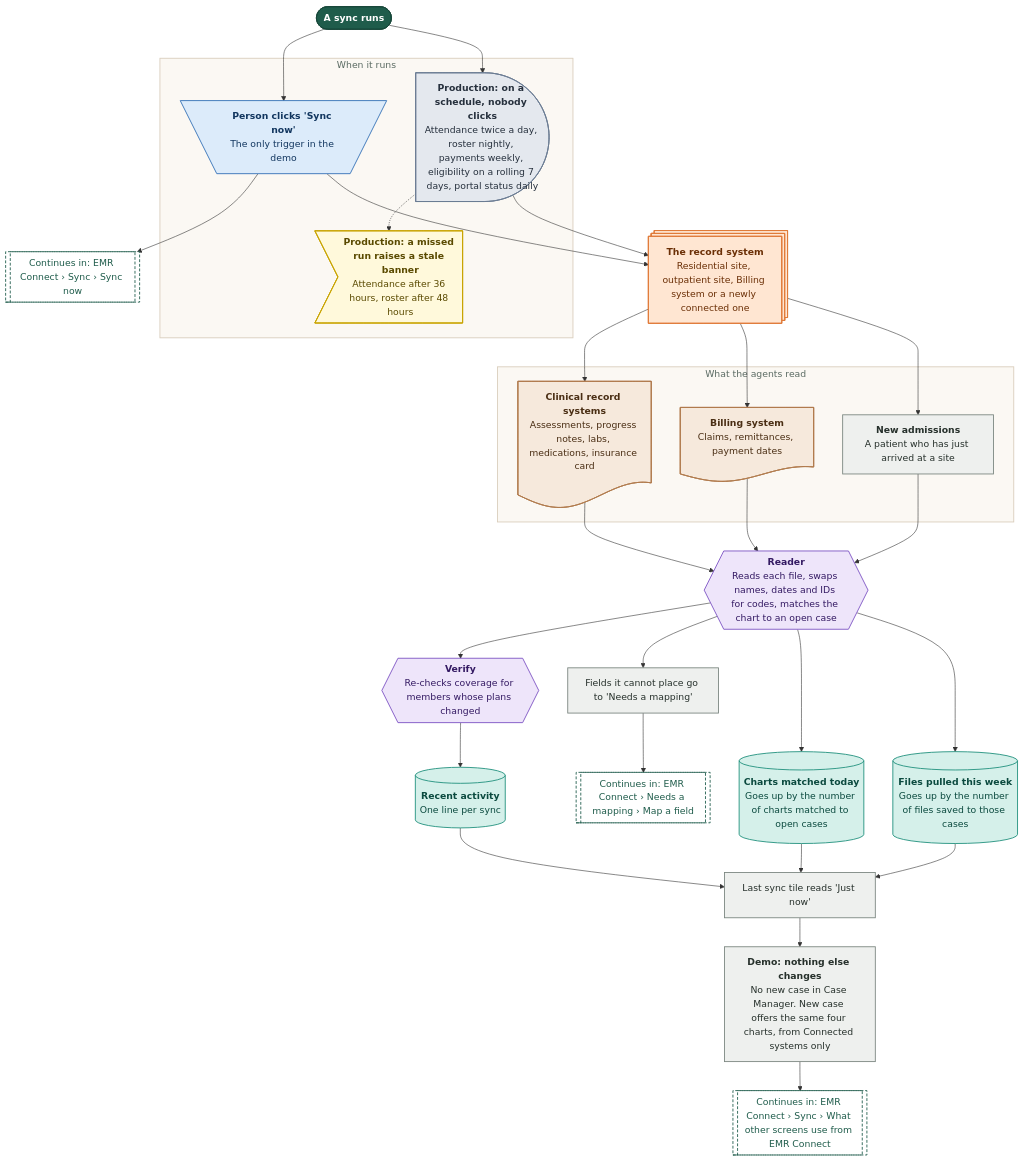
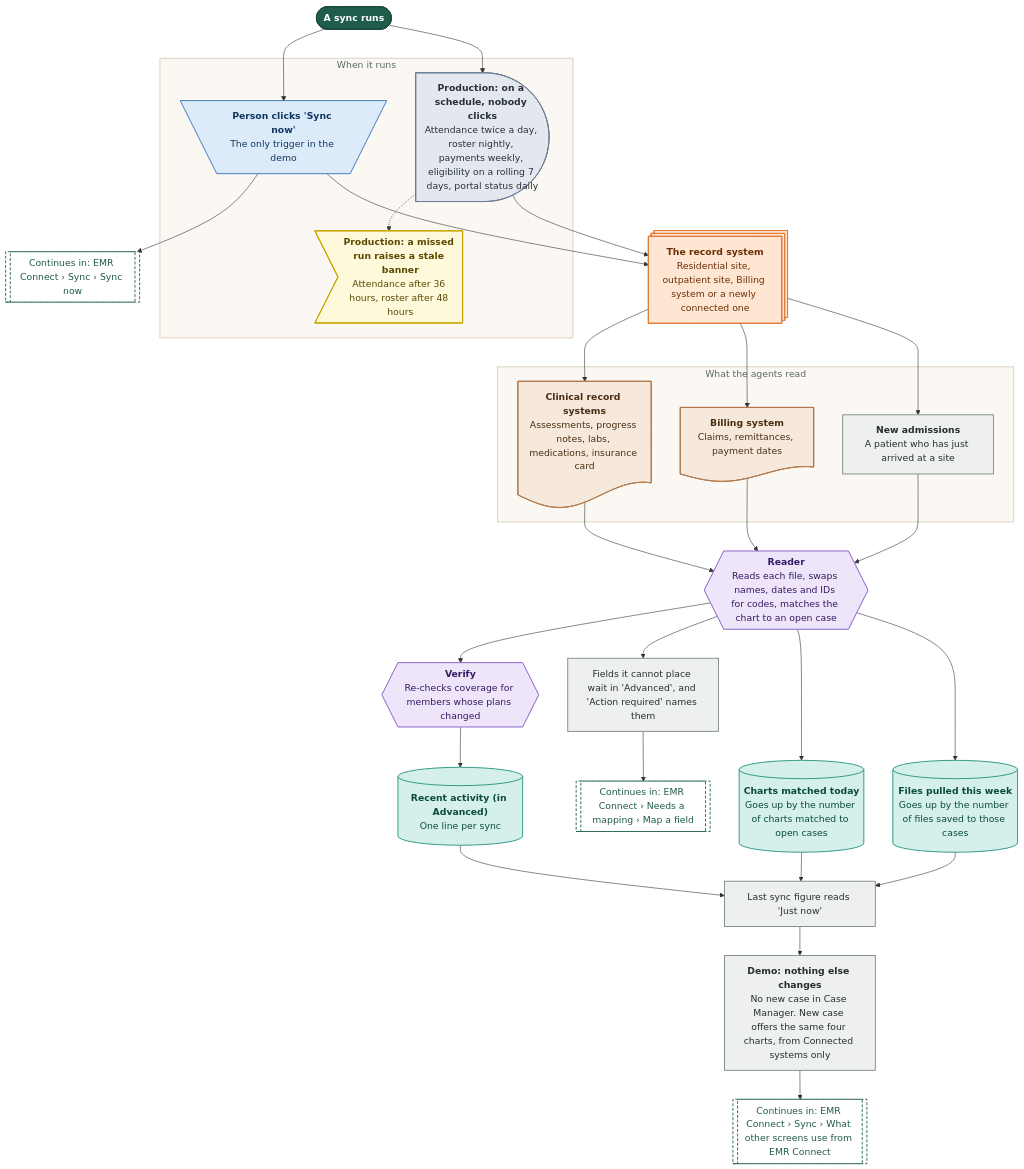
Before and after one commit to Shrav143/psyfloapp: diagram 11 of 20 in demos/prior-auth-demo/workflows/out/md/09-emr-connect.md, drawn with Mermaid. The commit also changed other lines of this file and 192 other files, not shown here.

First line of the commit message:
docs: changelog by sidebar tab; README, diagrams and Settings layout aligned with the refinement; shared InfoTip; referral cost-share line

````diff
--- a/demos/prior-auth-demo/workflows/out/md/09-emr-connect.md
+++ b/demos/prior-auth-demo/workflows/out/md/09-emr-connect.md
@@ -676,70 +823,70 @@
 ```mermaid
 %%{init: {"theme":"base","themeVariables":{"fontFamily":"'DM Sans', 'Segoe UI', system-ui, sans-serif","fontSize":"15px","lineColor":"#5B6B63","primaryTextColor":"#1C2B25","clusterBkg":"#FBF8F3","clusterBorder":"#D9CDBB","edgeLabelBackground":"#FFFFFF"},"flowchart":{"curve":"basis","nodeSpacing":36,"rankSpacing":48,"padding":12,"htmlLabels":true,"useMaxWidth":false,"wrappingWidth":230}} }%%
 flowchart TD
   classDef k_start fill:#1F5C4B,stroke:#174638,color:#FFFFFF,stroke-width:1.5px,font-weight:600
   classDef k_end fill:#DDEFE3,stroke:#2E7D4F,color:#14502F,stroke-width:1.5px,font-weight:600
   classDef k_endx fill:#FBE3E0,stroke:#C0392B,color:#7A1F16,stroke-width:1.5px,font-weight:600
   classDef k_screen fill:#FFFDF8,stroke:#1F5C4B,color:#1C2B25,stroke-width:2px
   classDef k_overlay fill:#F1F7F3,stroke:#1F5C4B,color:#1C2B25,stroke-width:2px,stroke-dasharray:5 3
   classDef k_click fill:#DCEBFA,stroke:#2F6DB5,color:#12365F,stroke-width:1.5px
   classDef k_input fill:#E4E7FF,stroke:#4C5FD5,color:#1D2670,stroke-width:1.5px
   classDef k_process fill:#EEF0EE,stroke:#7A857F,color:#26302B,stroke-width:1.5px
   classDef k_agent fill:#EEE5FA,stroke:#7A4FC2,color:#341A63,stroke-width:1.5px
   classDef k_decision fill:#FFF0CC,stroke:#D9962B,color:#5C3B00,stroke-width:1.5px
   classDef k_store fill:#D5F0EA,stroke:#1C8E7B,color:#0B4A3F,stroke-width:1.5px
   classDef k_doc fill:#F6E9DC,stroke:#B07A4C,color:#4A2E14,stroke-width:1.5px
   classDef k_ext fill:#FFE6D2,stroke:#E07B39,color:#6B2F06,stroke-width:1.5px
   classDef k_wait fill:#E4E8EE,stroke:#6B7C93,color:#26303D,stroke-width:1.5px
   classDef k_toast fill:#FFF9DB,stroke:#C9A400,color:#5A4A00,stroke-width:1.5px
   classDef k_goto fill:#FFFFFF,stroke:#1F5C4B,color:#1F5C4B,stroke-width:1.5px,stroke-dasharray:5 3
   s1@{ shape: stadium, label: "A sync runs" }
   subgraph gWhen ["When it runs"]
   w1@{ shape: trap-t, label: "<b>Person clicks 'Sync now'</b><br/>The only trigger in the demo" }
   w2@{ shape: delay, label: "<b>Production: on a schedule, nobody clicks</b><br/>Attendance twice a day, roster nightly, payments weekly, eligibility on a rolling 7 days, portal status daily" }
   w3@{ shape: odd, label: "<b>Production: a missed run raises a stale banner</b><br/>Attendance after 36 hours, roster after 48 hours" }
   end
   x1@{ shape: st-rect, label: "<b>The record system</b><br/>Residential site, outpatient site, Billing system or a newly connected one" }
   subgraph gPull ["What the agents read"]
   d1@{ shape: doc, label: "<b>Clinical record systems</b><br/>Assessments, progress notes, labs, medications, insurance card" }
   d2@{ shape: doc, label: "<b>Billing system</b><br/>Claims, remittances, payment dates" }
   d3@{ shape: rect, label: "<b>New admissions</b><br/>A patient who has just arrived at a site" }
   end
   a1@{ shape: hex, label: "<b>Reader</b><br/>Reads each file, swaps names, dates and IDs for codes, matches the chart to an open case" }
   a2@{ shape: hex, label: "<b>Verify</b><br/>Re-checks coverage for members whose plans changed" }
-  p1@{ shape: rect, label: "Fields it cannot place go to 'Needs a mapping'" }
+  p1@{ shape: rect, label: "Fields it cannot place wait in 'Advanced', and 'Action required' names them" }
   s2@{ shape: cyl, label: "<b>Charts matched today</b><br/>Goes up by the number of charts matched to open cases" }
   s3@{ shape: cyl, label: "<b>Files pulled this week</b><br/>Goes up by the number of files saved to those cases" }
-  s4@{ shape: cyl, label: "<b>Recent activity</b><br/>One line per sync" }
+  s4@{ shape: cyl, label: "<b>Recent activity (in Advanced)</b><br/>One line per sync" }
   p2@{ shape: rect, label: "<b>Demo: nothing else changes</b><br/>No new case in Case Manager. New case offers the same four charts, from Connected systems only" }
-  e1@{ shape: rect, label: "Last sync tile reads 'Just now'" }
+  e1@{ shape: rect, label: "Last sync figure reads 'Just now'" }
   g1@{ shape: subproc, label: "Continues in: EMR Connect › Sync › Sync now" }
   g2@{ shape: subproc, label: "Continues in: EMR Connect › Needs a mapping › Map a field" }
   g3@{ shape: subproc, label: "Continues in: EMR Connect › Sync › What other screens use from EMR Connect" }
   s1 --> w1 & w2
   w2 -.-> w3
   w1 --> g1
   w1 --> x1
   w2 --> x1
   x1 --> d1 & d2 & d3
   d1 & d2 & d3 --> a1
   a1 --> a2
   a1 --> p1
   p1 --> g2
   a1 --> s2 & s3
   a2 --> s4
   s2 & s3 & s4 --> e1
   e1 --> p2
   p2 --> g3
   class s1 k_start
   class w1 k_click
   class w2 k_wait
   class w3 k_toast
   class x1 k_ext
   class d1,d2 k_doc
   class d3,p1,p2,e1 k_process
   class a1,a2 k_agent
   class s2,s3,s4 k_store
   class g1,g2,g3 k_goto
   style gWhen fill:#FBF8F3,stroke:#D9CDBB,stroke-width:1.5px,color:#5B6B63
   style gPull fill:#FBF8F3,stroke:#D9CDBB,stroke-width:1.5px,color:#5B6B63
 ```
````
